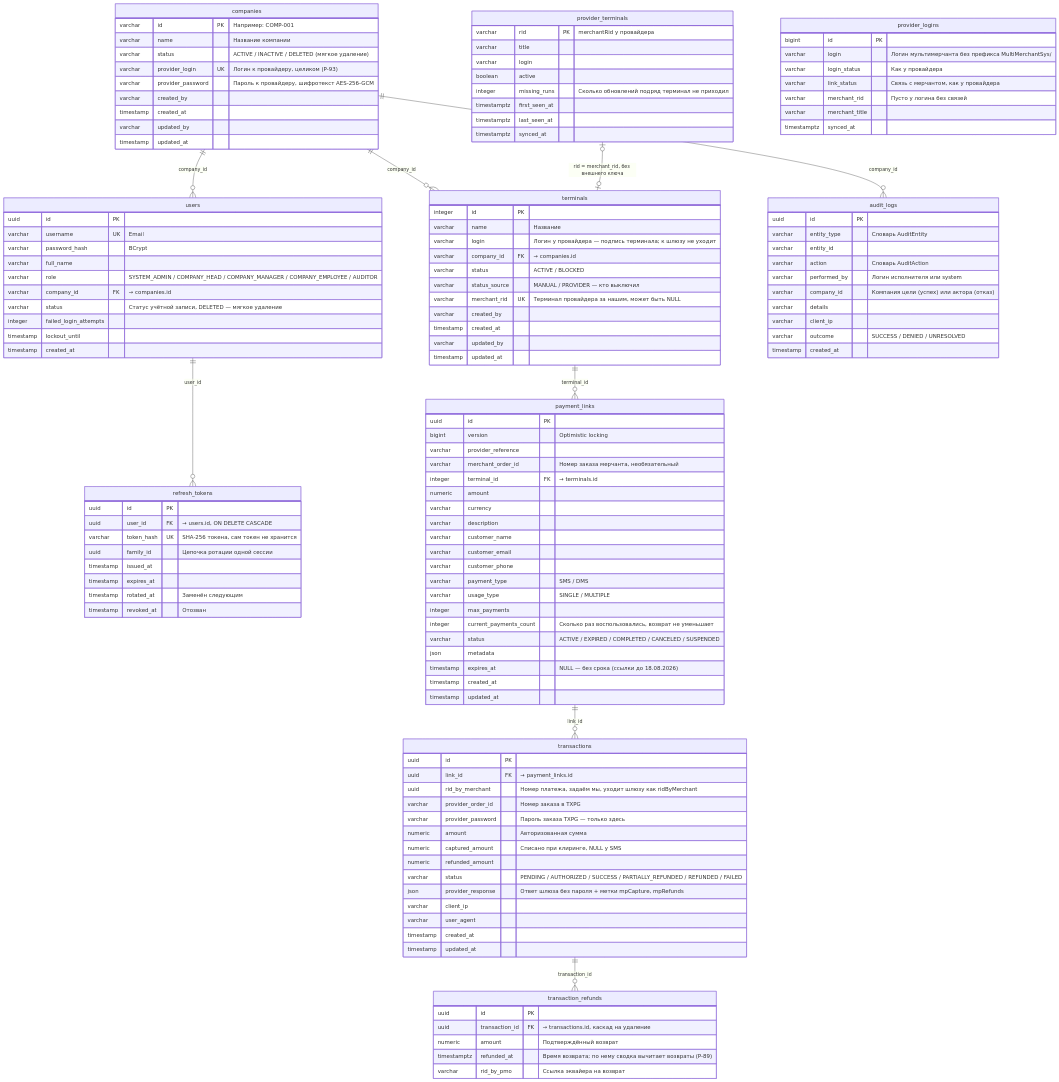
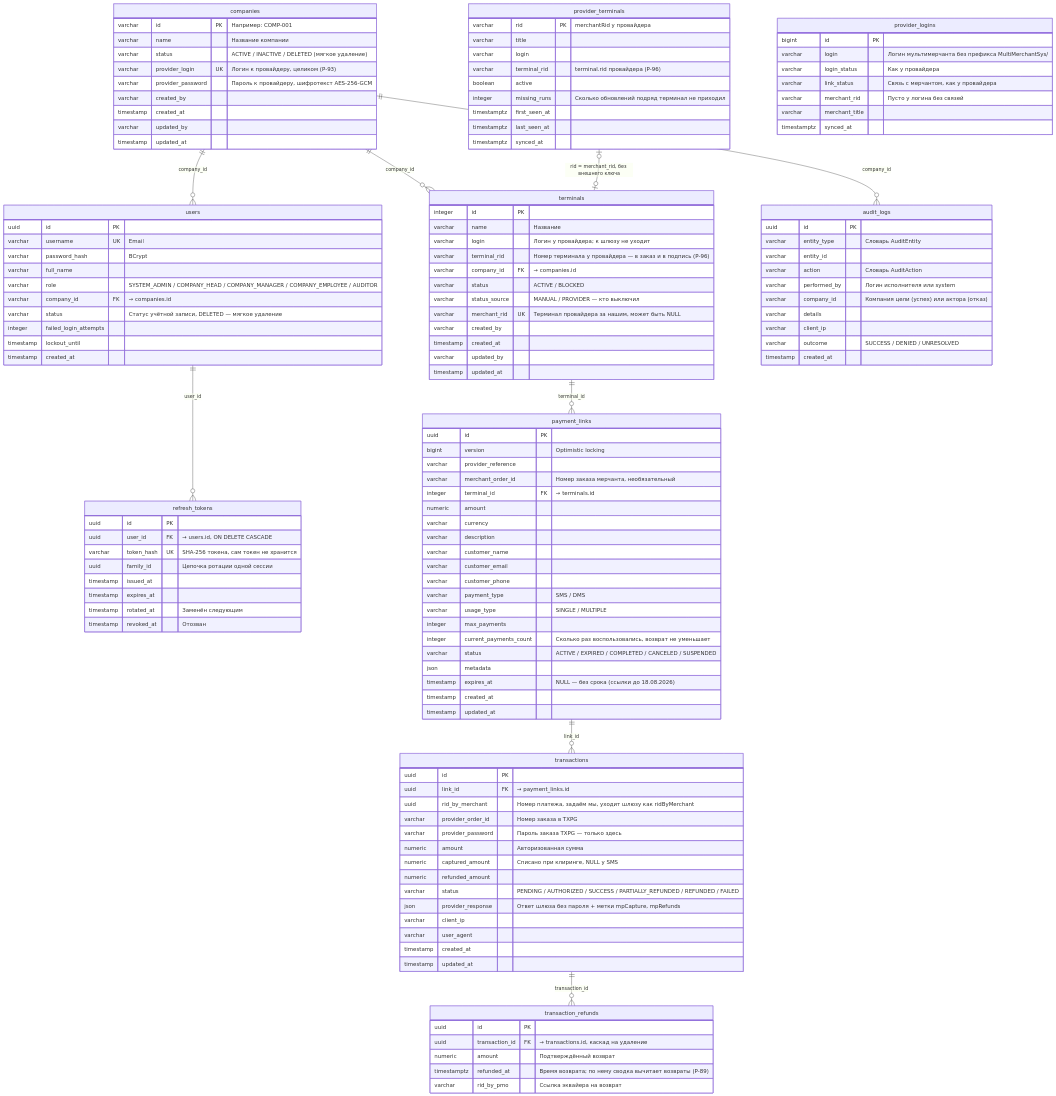
Before and after one commit to Gaena/merchant-portal-mk: the second of 4 diagrams in project_docs/application_description.md, drawn with Mermaid. The commit also changed other lines of this file and 82 other files, not shown here.

```diff
--- a/project_docs/application_description.md
+++ b/project_docs/application_description.md
@@ -231,7 +231,8 @@
     terminals {
         integer id PK
         varchar name "Название"
-        varchar login "Логин у провайдера — подпись терминала; к шлюзу не уходит"
+        varchar login "Логин у провайдера; к шлюзу не уходит"
+        varchar terminal_rid "Номер терминала у провайдера — в заказ и в подпись (Р-96)"
         varchar company_id FK "→ companies.id"
         varchar status "ACTIVE / BLOCKED"
         varchar status_source "MANUAL / PROVIDER — кто выключил"
@@ -246,6 +247,7 @@
         varchar rid PK "merchantRid у провайдера"
         varchar title
         varchar login
+        varchar terminal_rid "terminal.rid провайдера (Р-96)"
         boolean active
         integer missing_runs "Сколько обновлений подряд терминал не приходил"
         timestamptz first_seen_at
```
